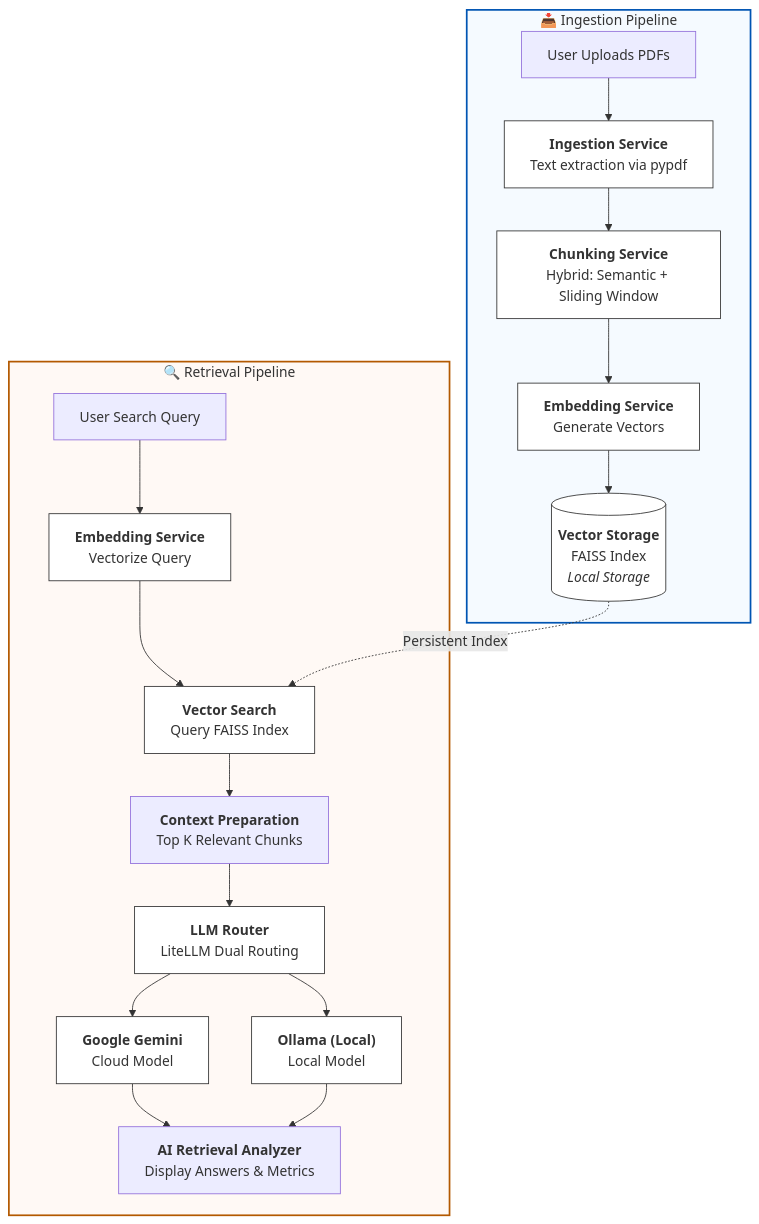
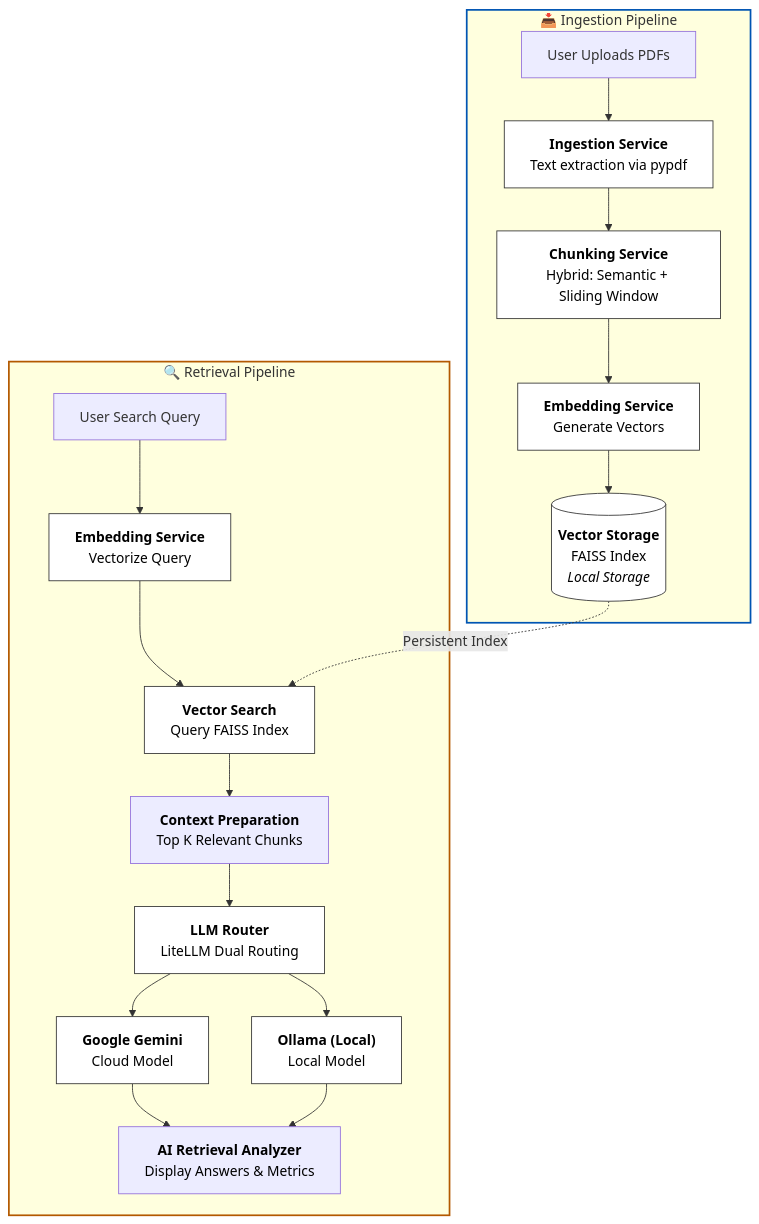
The diagram in README.md (Nikhil-Maheshwari-10/Ai-retrieval-analyzer), drawn with Mermaid before and after one commit.

Commit message:
color fix

````diff
--- a/README.md
+++ b/README.md
@@ -14,34 +14,34 @@
 ```mermaid
 graph TD
     %% Ingestion Pipeline
     subgraph Ingestion ["📥 Ingestion Pipeline"]
-        style Ingestion fill:#f5faff,stroke:#0055b3,stroke-width:2px
-        Upload["User Uploads PDFs"] --> Extractor["<b>Ingestion Service</b><br/>Text extraction via pypdf"]
-        Extractor --> Splitter["<b>Chunking Service</b><br/>Hybrid: Semantic + Sliding Window"]
-        Splitter --> EmbedText["<b>Embedding Service</b><br/>Generate Vectors"]
-        EmbedText --> StoreFAISS[("<b>Vector Storage</b><br/>FAISS Index<br/><i>Local Storage</i>")]
+        style Ingestion stroke:#0055b3,stroke-width:2px
+        Upload["User Uploads PDFs"] --> Extractor["<font color='black'><b>Ingestion Service</b></font><br/><font color='black'>Text extraction via pypdf</font>"]
+        Extractor --> Splitter["<font color='black'><b>Chunking Service</b></font><br/><font color='black'>Hybrid: Semantic + Sliding Window</font>"]
+        Splitter --> EmbedText["<font color='black'><b>Embedding Service</b></font><br/><font color='black'>Generate Vectors</font>"]
+        EmbedText --> StoreFAISS[("<font color='black'><b>Vector Storage</b></font><br/><font color='black'>FAISS Index</font><br/><font color='black'><i>Local Storage</i></font>")]
     end
 
     %% Retrieval Pipeline
     subgraph Retrieval ["🔍 Retrieval Pipeline"]
-        style Retrieval fill:#fff9f5,stroke:#b35900,stroke-width:2px
-        Query["User Search Query"] --> EmbedQuery["<b>Embedding Service</b><br/>Vectorize Query"]
-        EmbedQuery --> VectorSearch["<b>Vector Search</b><br/>Query FAISS Index"]
-        VectorSearch --> Context["<b>Context Preparation</b><br/>Top K Relevant Chunks"]
-        Context --> Router["<b>LLM Router</b><br/>LiteLLM Dual Routing"]
+        style Retrieval stroke:#b35900,stroke-width:2px
+        Query["User Search Query"] --> EmbedQuery["<font color='black'><b>Embedding Service</b></font><br/><font color='black'>Vectorize Query</font>"]
+        EmbedQuery --> VectorSearch["<font color='black'><b>Vector Search</b></font><br/><font color='black'>Query FAISS Index</font>"]
+        VectorSearch --> Context["<font color='black'><b>Context Preparation</b></font><br/><font color='black'>Top K Relevant Chunks</font>"]
+        Context --> Router["<font color='black'><b>LLM Router</b></font><br/><font color='black'>LiteLLM Dual Routing</font>"]
         
-        Router --> Gemini["<b>Google Gemini</b><br/>Cloud Model"]
-        Router --> Ollama["<b>Ollama (Local)</b><br/>Local Model"]
+        Router --> Gemini["<font color='black'><b>Google Gemini</b></font><br/><font color='black'>Cloud Model</font>"]
+        Router --> Ollama["<font color='black'><b>Ollama (Local)</b></font><br/><font color='black'>Local Model</font>"]
         
-        Gemini --> Results["<b>AI Retrieval Analyzer</b><br/>Display Answers & Metrics"]
+        Gemini --> Results["<font color='black'><b>AI Retrieval Analyzer</b></font><br/><font color='black'>Display Answers & Metrics</font>"]
         Ollama --> Results
     end
 
     %% Connection
     StoreFAISS -.->|Persistent Index| VectorSearch
 
     %% Styling
-    classDef service fill:#fff,stroke:#333,stroke-width:1px;
+    classDef service fill:#fff,stroke:#333,stroke-width:1px,color:black;
     class Extractor,Splitter,EmbedText,EmbedQuery,VectorSearch,Router,Gemini,Ollama service;
     class StoreFAISS service;
 ```
````
